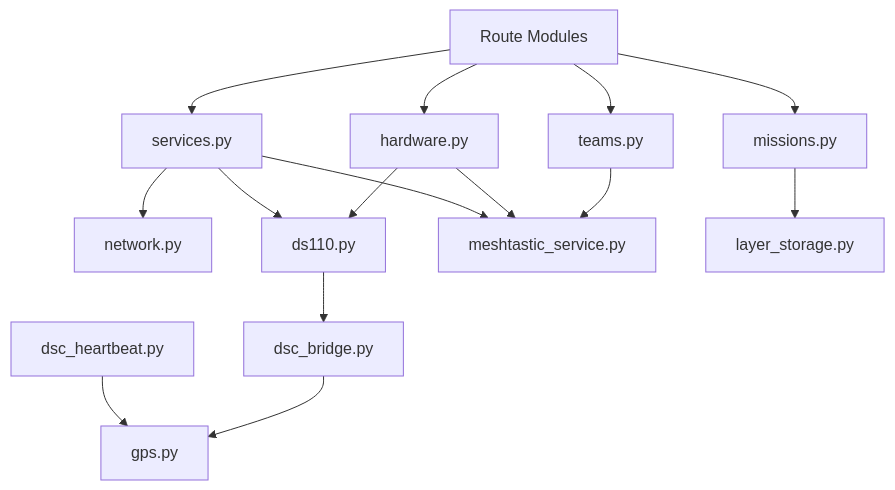
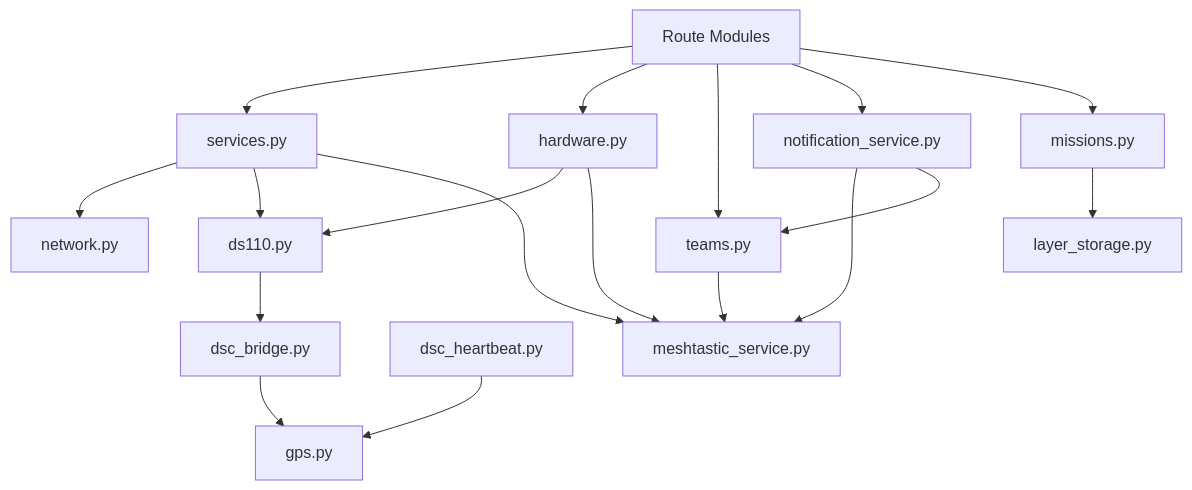
The second of 3 diagrams in tracker-mini/frontend/help/docs/developer/services.md (iz0qwm/drone_detector_antsdr_dronescout), drawn with Mermaid before and after one commit. The commit also changed other lines of this file and 101 other files, not shown here.

````diff
--- a/tracker-mini/frontend/help/docs/developer/services.md
+++ b/tracker-mini/frontend/help/docs/developer/services.md
@@ -78,33 +79,37 @@
 ```mermaid
 flowchart TD
 
     Routes["Route Modules"]
 
     ServicesStatus["services.py"]
     Hardware["hardware.py"]
     Network["network.py"]
     DS110["ds110.py"]
     Mesh["meshtastic_service.py"]
     Teams["teams.py"]
+    Notifications["notification_service.py"]
     GPS["gps.py"]
     DSCHeartbeat["dsc_heartbeat.py"]
     DSCBridge["dsc_bridge.py"]
     Missions["missions.py"]
     LayerStorage["layer_storage.py"]
 
     Routes --> ServicesStatus
     Routes --> Hardware
     Routes --> Teams
+    Routes --> Notifications
     Routes --> Missions
 
     ServicesStatus --> Network
     ServicesStatus --> DS110
     ServicesStatus --> Mesh
     Hardware --> DS110
     Hardware --> Mesh
     Teams --> Mesh
+    Notifications --> Mesh
+    Notifications --> Teams
     DSCHeartbeat --> GPS
     DSCBridge --> GPS
     DS110 --> DSCBridge
     Missions --> LayerStorage
 ```
````
